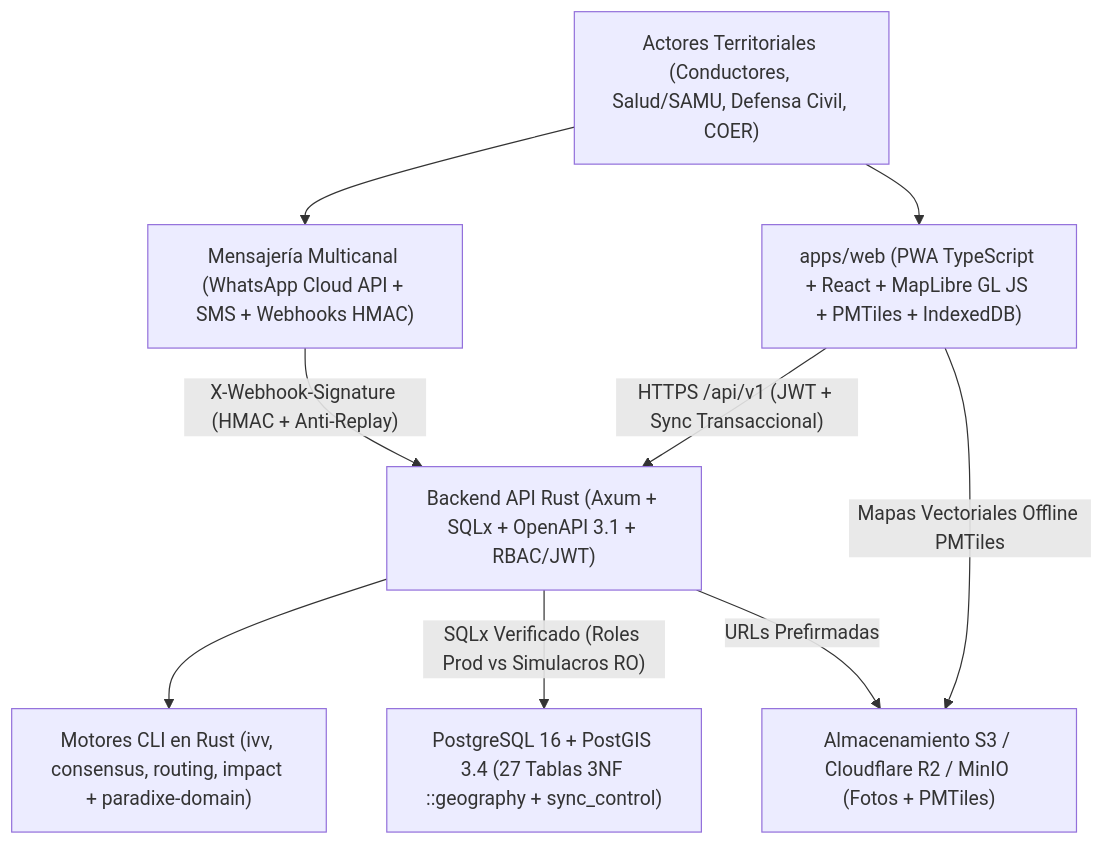
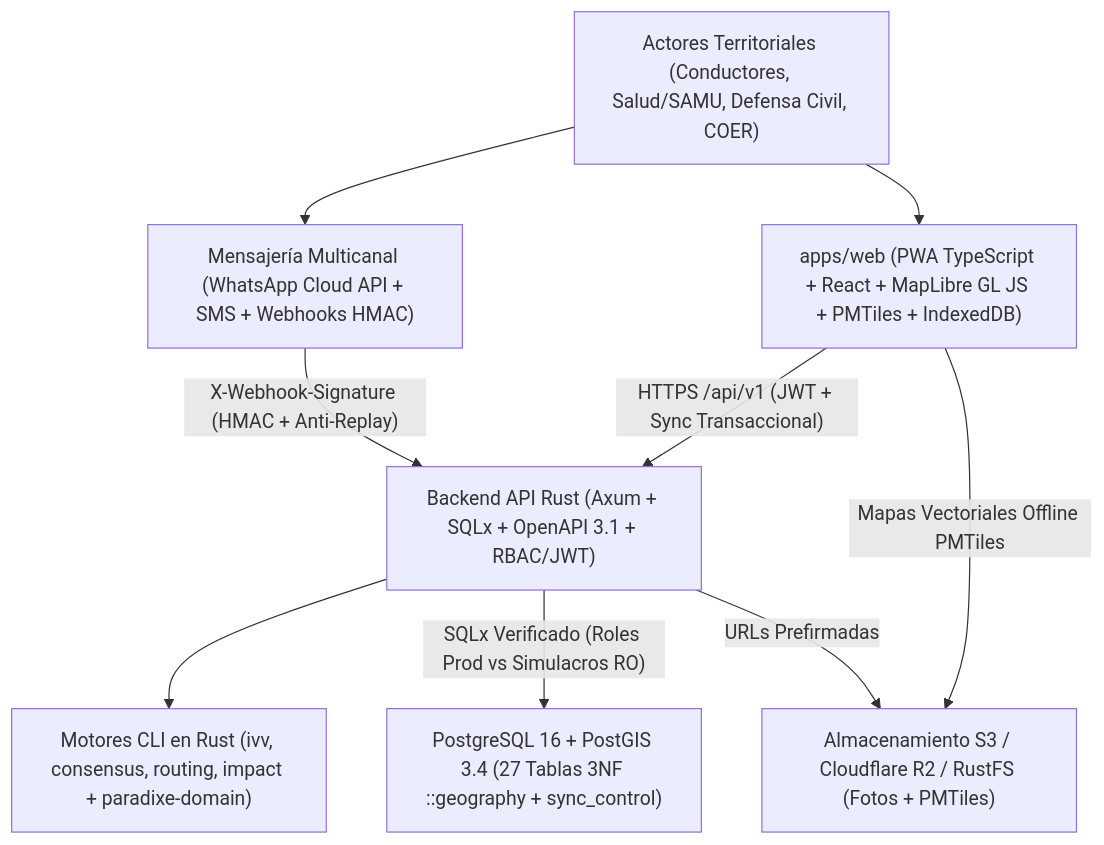
Before and after one commit to jhoaodidier/PARADIXE-SOFT: the diagram in README.md, drawn with Mermaid. The commit also changed other lines of this file and 3 other files, not shown here.

Commit message:
fix(infra): migrate local S3 service from removed MinIO Docker Hub image to RustFS

````diff
--- a/README.md
+++ b/README.md
@@ -46,19 +46,19 @@
 ```mermaid
 flowchart TD
     ACTORS["Actores Territoriales (Conductores, Salud/SAMU, Defensa Civil, COER)"]
     WEB["apps/web (PWA TypeScript + React + MapLibre GL JS + PMTiles + IndexedDB)"]
     MSG["Mensajería Multicanal (WhatsApp Cloud API + SMS + Webhooks HMAC)"]
     API["Backend API Rust (Axum + SQLx + OpenAPI 3.1 + RBAC/JWT)"]
     ENG["Motores CLI en Rust (ivv, consensus, routing, impact + paradixe-domain)"]
     PG["PostgreSQL 16 + PostGIS 3.4 (27 Tablas 3NF ::geography + sync_control)"]
-    S3["Almacenamiento S3 / Cloudflare R2 / MinIO (Fotos + PMTiles)"]
+    S3["Almacenamiento S3 / Cloudflare R2 / RustFS (Fotos + PMTiles)"]
 
     ACTORS --> WEB
     ACTORS --> MSG
     WEB -- "HTTPS /api/v1 (JWT + Sync Transaccional)" --> API
     WEB -- "Mapas Vectoriales Offline PMTiles" --> S3
     MSG -- "X-Webhook-Signature (HMAC + Anti-Replay)" --> API
     API --> ENG
     API -- "SQLx Verificado (Roles Prod vs Simulacros RO)" --> PG
     API -- "URLs Prefirmadas" --> S3
 ```
````
